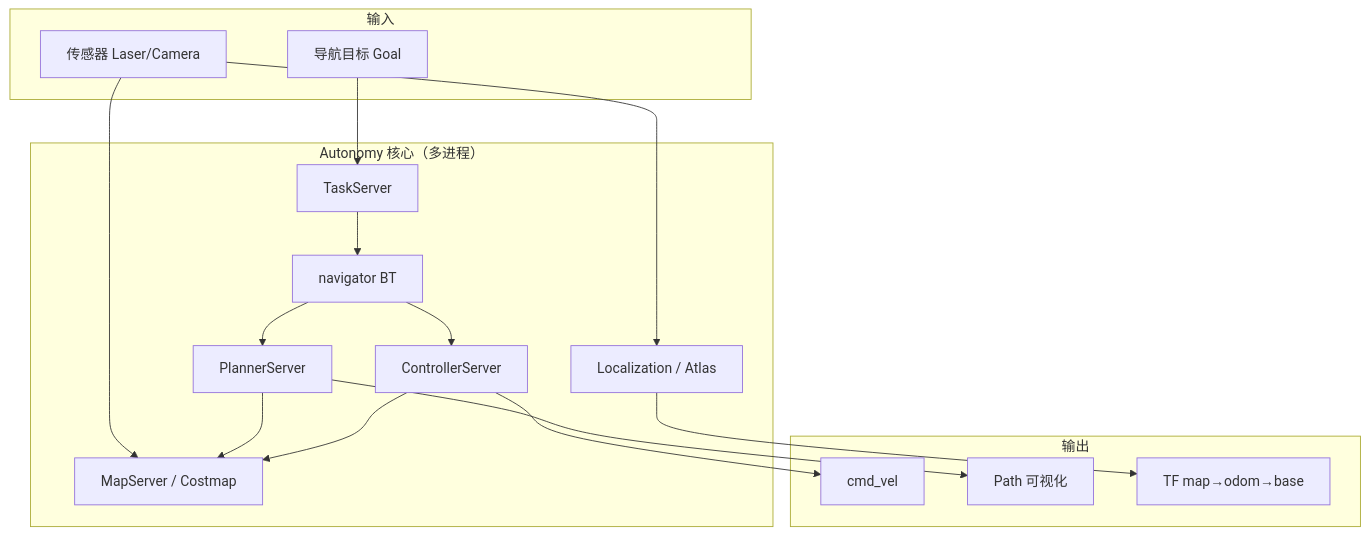
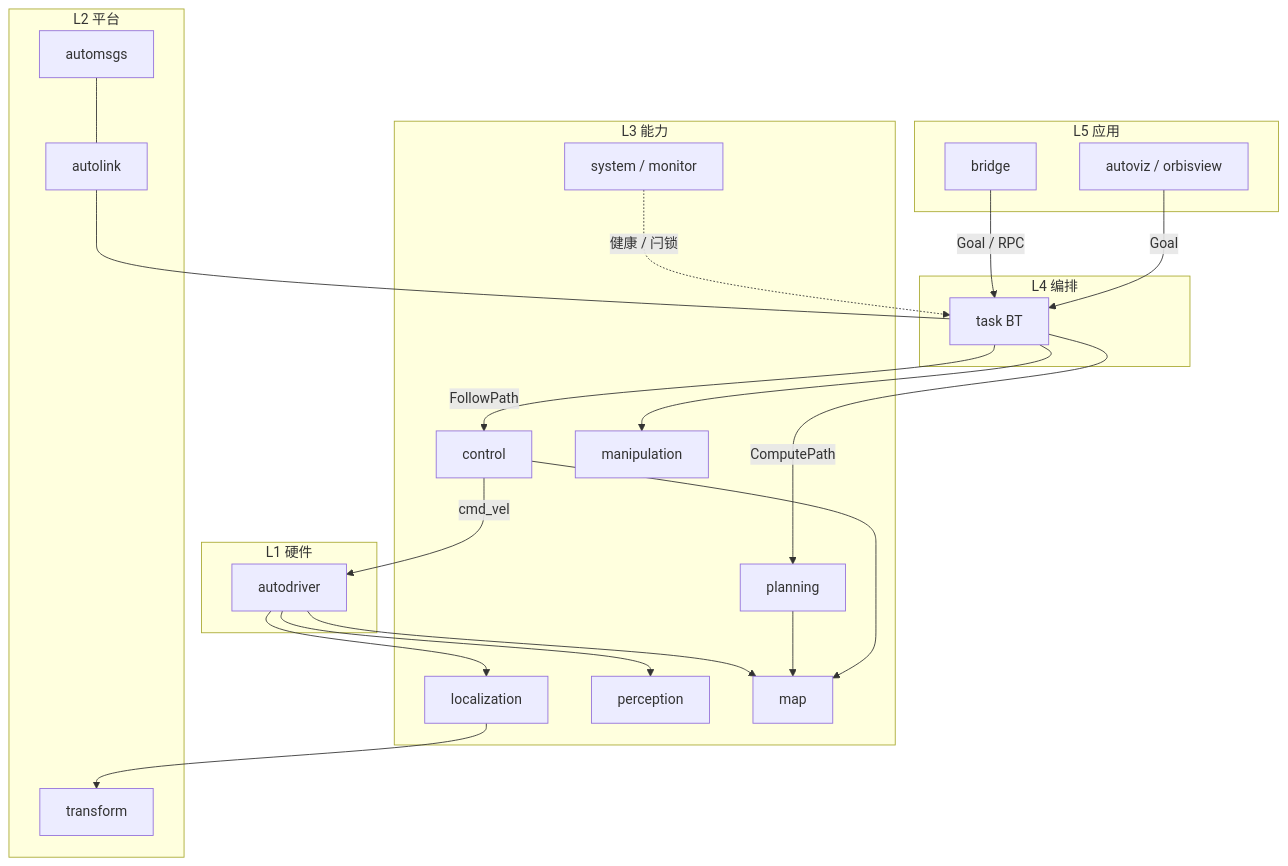
The diagram in docs/source/01_Instructions/03_system_architecture.md (quandy2020/autonomy), drawn with Mermaid before and after one commit. The commit also changed other lines of this file and 29 other files, not shown here.

````diff
--- a/docs/source/01_Instructions/03_system_architecture.md
+++ b/docs/source/01_Instructions/03_system_architecture.md
@@ -167,34 +249,47 @@
 ```mermaid
 flowchart TB
-    subgraph Input["输入"]
-        S[传感器 Laser/Camera]
-        G[导航目标 Goal]
-    end
+  subgraph App["L5 应用"]
+    BR[bridge]
+    UI[autoviz / orbisview]
+  end
 
-    subgraph Core["Autonomy 核心（多进程）"]
-        TASK[TaskServer]
-        NAV[navigator BT]
-        PLN[PlannerServer]
-        CTL[ControllerServer]
-        MAP[MapServer / Costmap]
-        LOC[Localization / Atlas]
-    end
+  subgraph Orch["L4 编排"]
+    TASK[task BT]
+  end
 
-    subgraph Output["输出"]
-        VEL[cmd_vel]
-        PATH[Path 可视化]
-        TF[TF map→odom→base]
-    end
+  subgraph Caps["L3 能力"]
+    LOC[localization]
+    PER[perception]
+    MAP[map]
+    PLN[planning]
+    CTL[control]
+    ARM[manipulation]
+    SYS[system / monitor]
+  end
 
-    S --> MAP
-    S --> LOC
-    G --> TASK
-    TASK --> NAV
-    NAV --> PLN
-    NAV --> CTL
-    PLN --> MAP
-    CTL --> MAP
-    LOC --> TF
-    PLN --> PATH
-    CTL --> VEL
+  subgraph Plat["L2 平台"]
+    AL[autolink]
+    MSG[automsgs]
+    TF[transform]
+  end
+
+  subgraph HW["L1 硬件"]
+    DRV[autodriver]
+  end
+
+  BR -->|Goal / RPC| TASK
+  UI -->|Goal| TASK
+  TASK -->|ComputePath| PLN
+  TASK -->|FollowPath| CTL
+  TASK --> ARM
+  DRV --> LOC
+  DRV --> PER
+  DRV --> MAP
+  LOC --> TF
+  PLN --> MAP
+  CTL --> MAP
+  CTL -->|cmd_vel| DRV
+  SYS -.->|健康 / 闩锁| TASK
+  AL --- TASK
+  MSG --- AL
 ```
````
